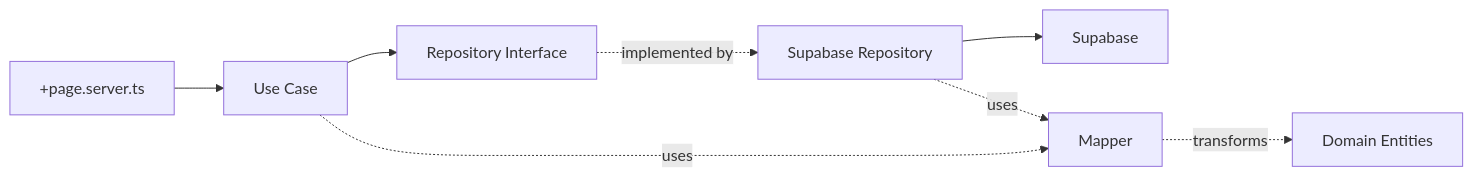
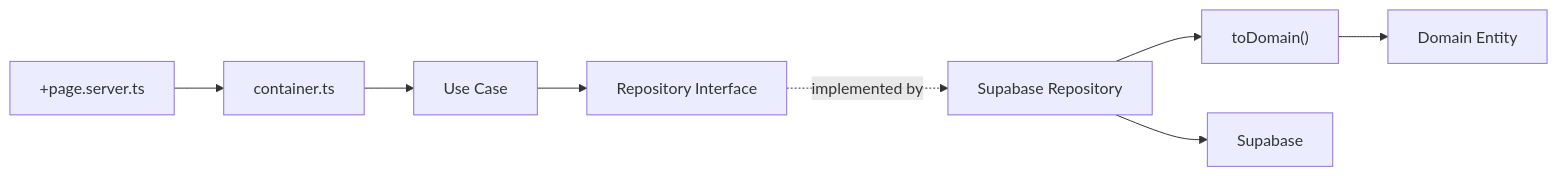
One commit to Agustin-Perezz/svelte-supabase-starter-template changed the first of 2 diagrams in docs/01_ARCHITECTURE.md. Above: the diagram before and after it, drawn with Mermaid. The commit also changed other lines of this file and 7 other files, not shown here.

Commit message:
Update documentation to reflect clean architecture refactor with reconstruct pattern and per-use-case interfaces

````diff
--- a/docs/01_ARCHITECTURE.md
+++ b/docs/01_ARCHITECTURE.md
@@ -68,10 +53,10 @@
 ```mermaid
 flowchart LR
-    A["+page.server.ts"] --> B["Use Case"]
-    B --> C["Repository Interface"]
-    C -.->|"implemented by"| D["Supabase Repository"]
-    D --> E["Supabase"]
-    B -.->|"uses"| F["Mapper"]
-    D -.->|"uses"| F
-    F -.->|"transforms"| G["Domain Entities"]
+    A["+page.server.ts"] --> B["container.ts"]
+    B --> C["Use Case"]
+    C --> D["Repository Interface"]
+    D -.->|implemented by| E["Supabase Repository"]
+    E --> F["toDomain()"]
+    F --> G["Domain Entity"]
+    E --> H["Supabase"]
 ```
````
